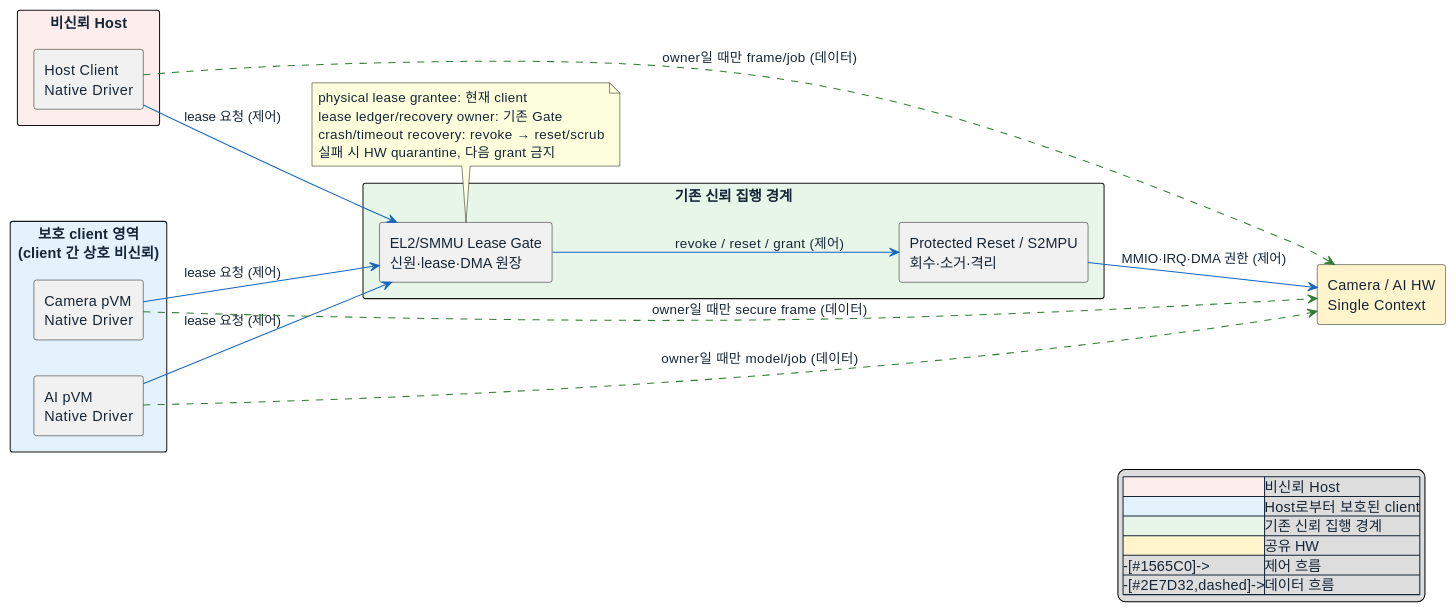
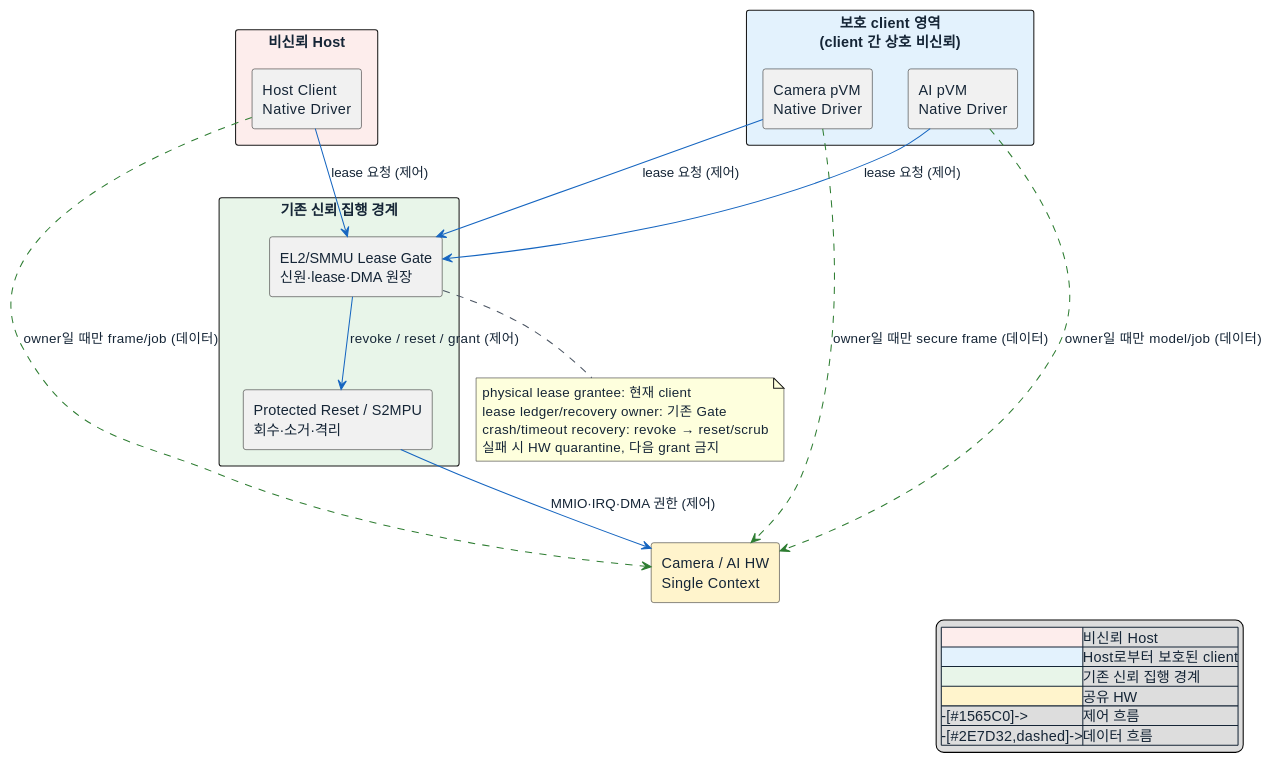
Before and after one commit to boram1288/test-p: the first of 2 diagrams in docs-dp/DP-07.md, drawn with PlantUML. The commit also changed other lines of this file and 32 other files, not shown here.

````diff
--- a/docs-dp/DP-07.md
+++ b/docs-dp/DP-07.md
@@ -88,51 +88,51 @@
 ```plantuml
 @startuml
-left to right direction
+
 skinparam componentStyle rectangle
 skinparam shadowing false
 skinparam ArrowColor #4B5563
 skinparam defaultFontColor #152536
 
 rectangle "비신뢰 Host" #FDEDEC {
   component "Host Client\nNative Driver" as HostClient
 }
 
 rectangle "보호 client 영역\n(client 간 상호 비신뢰)" #E3F2FD {
   component "Camera pVM\nNative Driver" as CamClient
   component "AI pVM\nNative Driver" as AIClient
 }
 
 rectangle "기존 신뢰 집행 경계" #E8F5E9 {
   component "EL2/SMMU Lease Gate\n신원·lease·DMA 원장" as Gate
   component "Protected Reset / S2MPU\n회수·소거·격리" as Protect
 }
 
 rectangle "Camera / AI HW\nSingle Context" as HW #FFF4CC
 
 HostClient -[#1565C0]-> Gate : lease 요청 (제어)
 CamClient -[#1565C0]-> Gate : lease 요청 (제어)
 AIClient -[#1565C0]-> Gate : lease 요청 (제어)
 Gate -[#1565C0]-> Protect : revoke / reset / grant (제어)
 Protect -[#1565C0]-> HW : MMIO·IRQ·DMA 권한 (제어)
 
 HostClient -[#2E7D32,dashed]-> HW : owner일 때만 frame/job (데이터)
 CamClient -[#2E7D32,dashed]-> HW : owner일 때만 secure frame (데이터)
 AIClient -[#2E7D32,dashed]-> HW : owner일 때만 model/job (데이터)
 
 note bottom of Gate
   physical lease grantee: 현재 client
   lease ledger/recovery owner: 기존 Gate
   crash/timeout recovery: revoke → reset/scrub
   실패 시 HW quarantine, 다음 grant 금지
 end note
 
 legend right
   |<#FDEDEC>|비신뢰 Host|
   |<#E3F2FD>|Host로부터 보호된 client|
   |<#E8F5E9>|기존 신뢰 집행 경계|
   |<#FFF4CC>|공유 HW|
   |-[#1565C0]->|제어 흐름|
   |-[#2E7D32,dashed]->|데이터 흐름|
 endlegend
 @enduml
 ```
````
